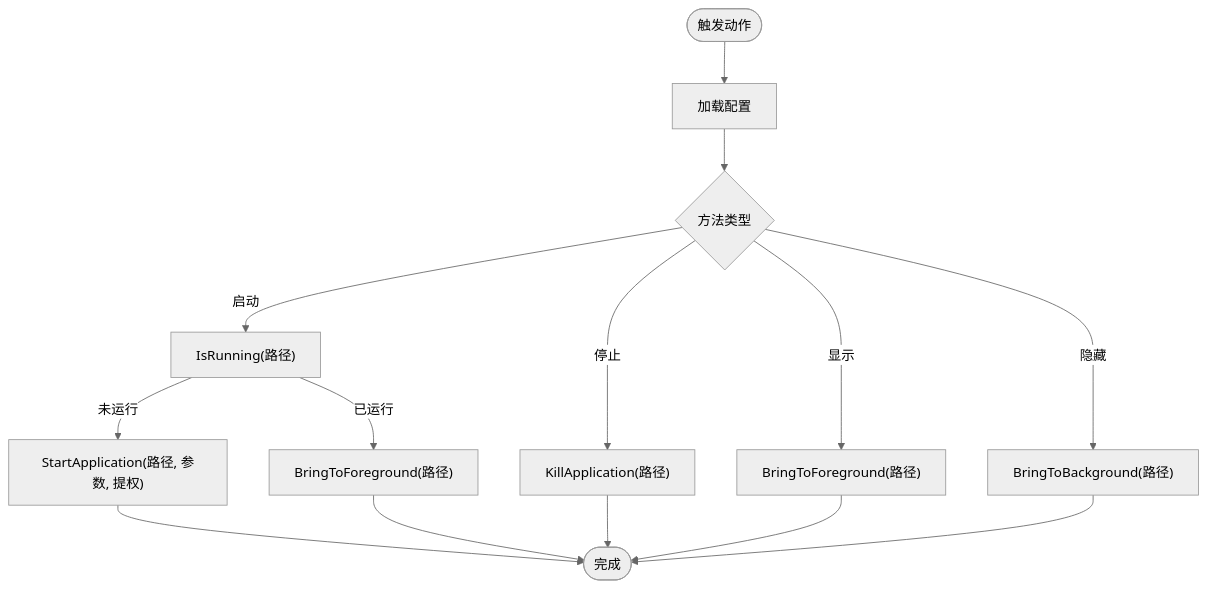
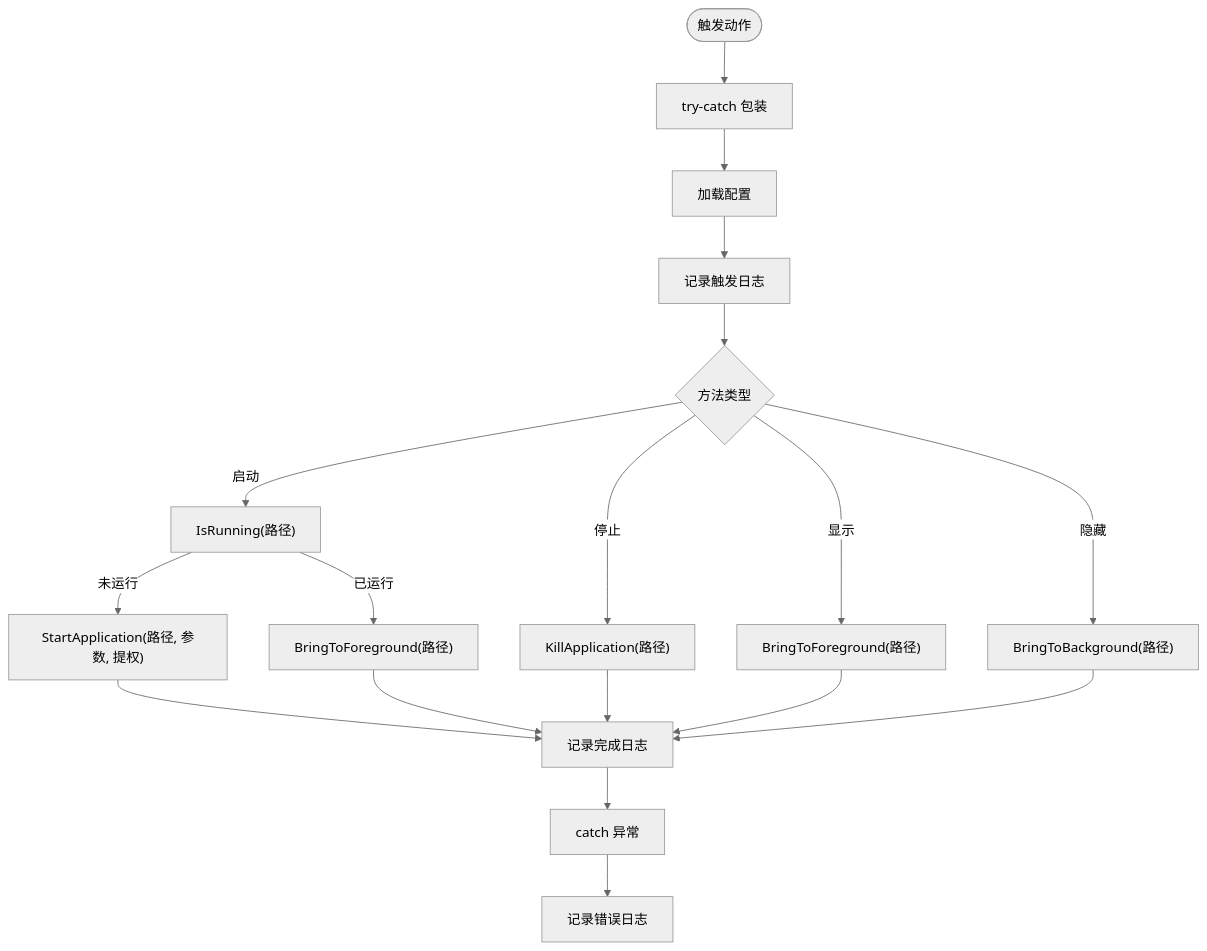
Before and after one commit to tea4go/Macro-Deck-Windows-Utils-Plugin: the fourth of 6 diagrams in .qoder/repowiki/zh/content/开发者指南/工具函数库/应用程序启动器.md, drawn with Mermaid (neutral theme). The commit also changed other lines of this file and 16 other files, not shown here.

````diff
--- a/.qoder/repowiki/zh/content/开发者指南/工具函数库/应用程序启动器.md
+++ b/.qoder/repowiki/zh/content/开发者指南/工具函数库/应用程序启动器.md
@@ -192,16 +224,20 @@
 ```mermaid
 flowchart TD
-Start(["触发动作"]) --> LoadConfig["加载配置"]
-LoadConfig --> Method{"方法类型"}
+Start(["触发动作"]) --> TryCatch["try-catch 包装"]
+TryCatch --> LoadConfig["加载配置"]
+LoadConfig --> LogTrigger["记录触发日志"]
+LogTrigger --> Method{"方法类型"}
 Method --> |启动| CheckRunning["IsRunning(路径)"]
 CheckRunning --> |未运行| StartApp["StartApplication(路径, 参数, 提权)"]
 CheckRunning --> |已运行| Foreground["BringToForeground(路径)"]
 Method --> |停止| Kill["KillApplication(路径)"]
 Method --> |显示| ShowWin["BringToForeground(路径)"]
 Method --> |隐藏| HideWin["BringToBackground(路径)"]
-StartApp --> End(["完成"])
-Foreground --> End
-Kill --> End
-ShowWin --> End
-HideWin --> End
+StartApp --> LogComplete["记录完成日志"]
+Foreground --> LogComplete
+Kill --> LogComplete
+ShowWin --> LogComplete
+HideWin --> LogComplete
+LogComplete --> Catch["catch 异常"]
+Catch --> LogError["记录错误日志"]
 ```
````
